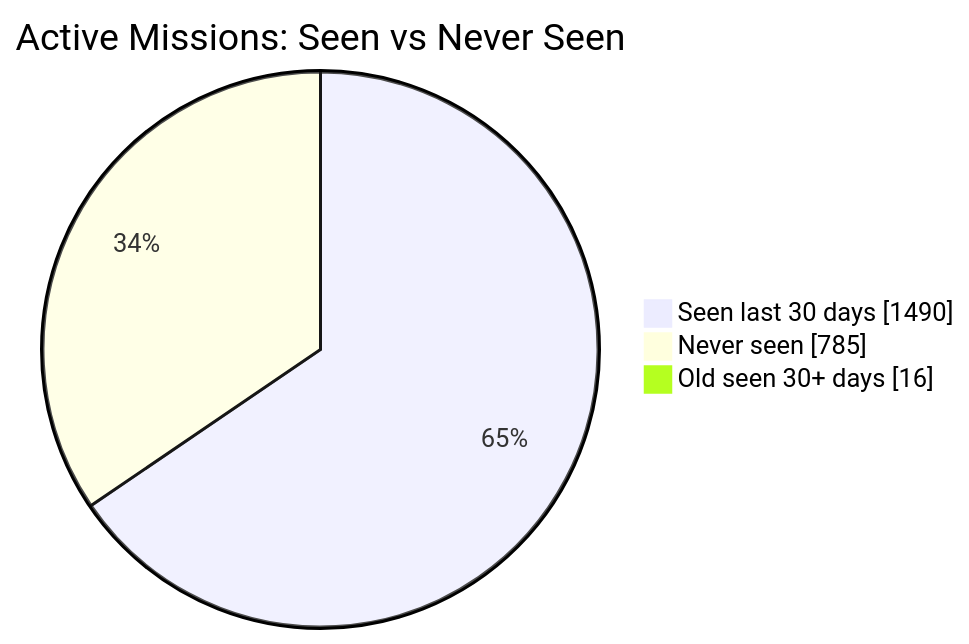
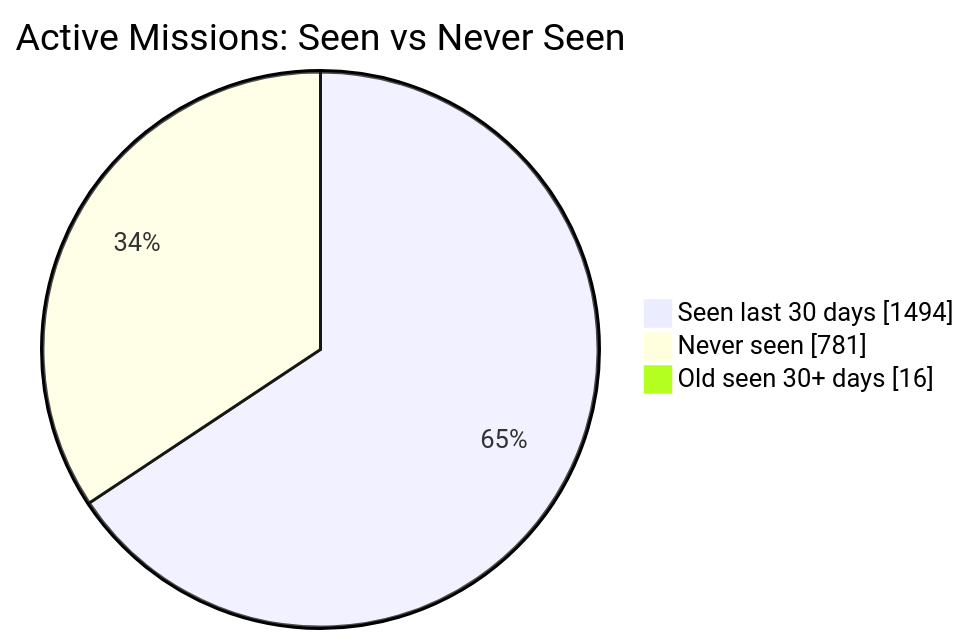
Before and after one commit to MeldkamerspelGameTeam/active-missions: the first of 2 diagrams in README.md, drawn with Mermaid. The commit also changed other lines of this file and 2 other files, not shown here.

````diff
--- a/README.md
+++ b/README.md
@@ -34,7 +34,7 @@
 ```mermaid
 pie showData
     title Active Missions: Seen vs Never Seen
-    "Seen last 30 days" : 1490
-    "Never seen" : 785
+    "Seen last 30 days" : 1494
+    "Never seen" : 781
     "Old seen 30+ days" : 16
 ```
````
